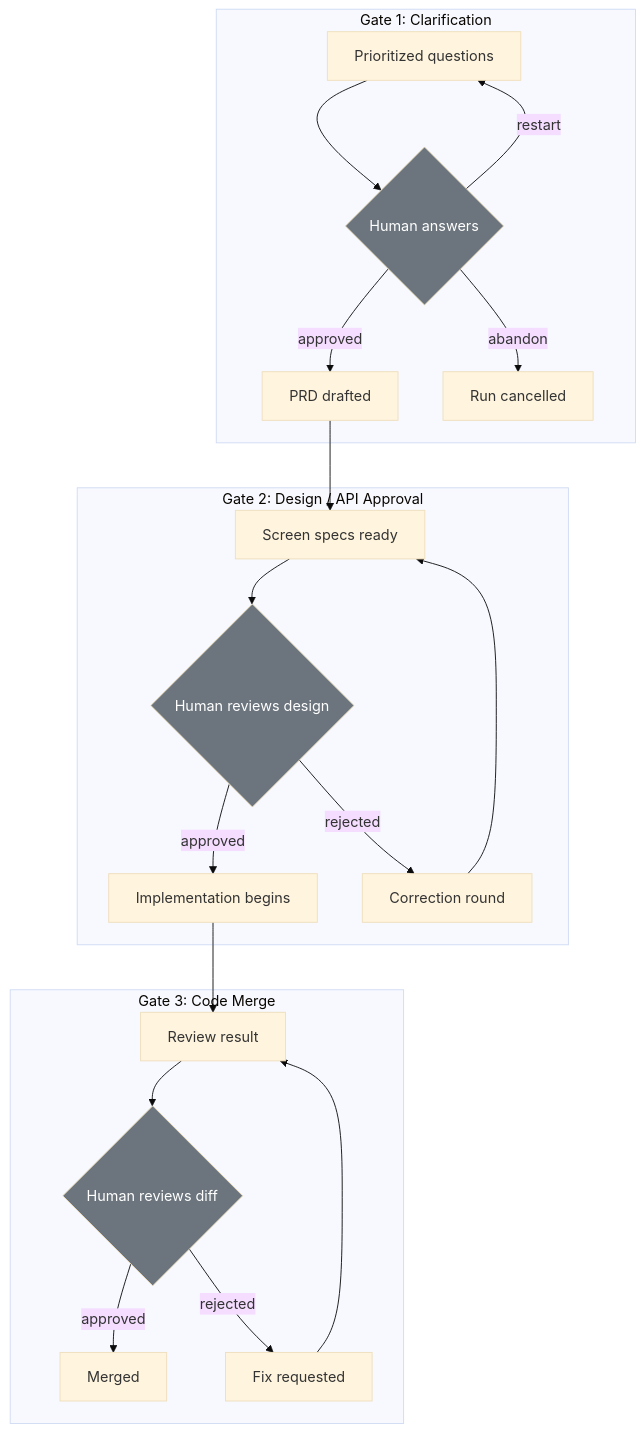
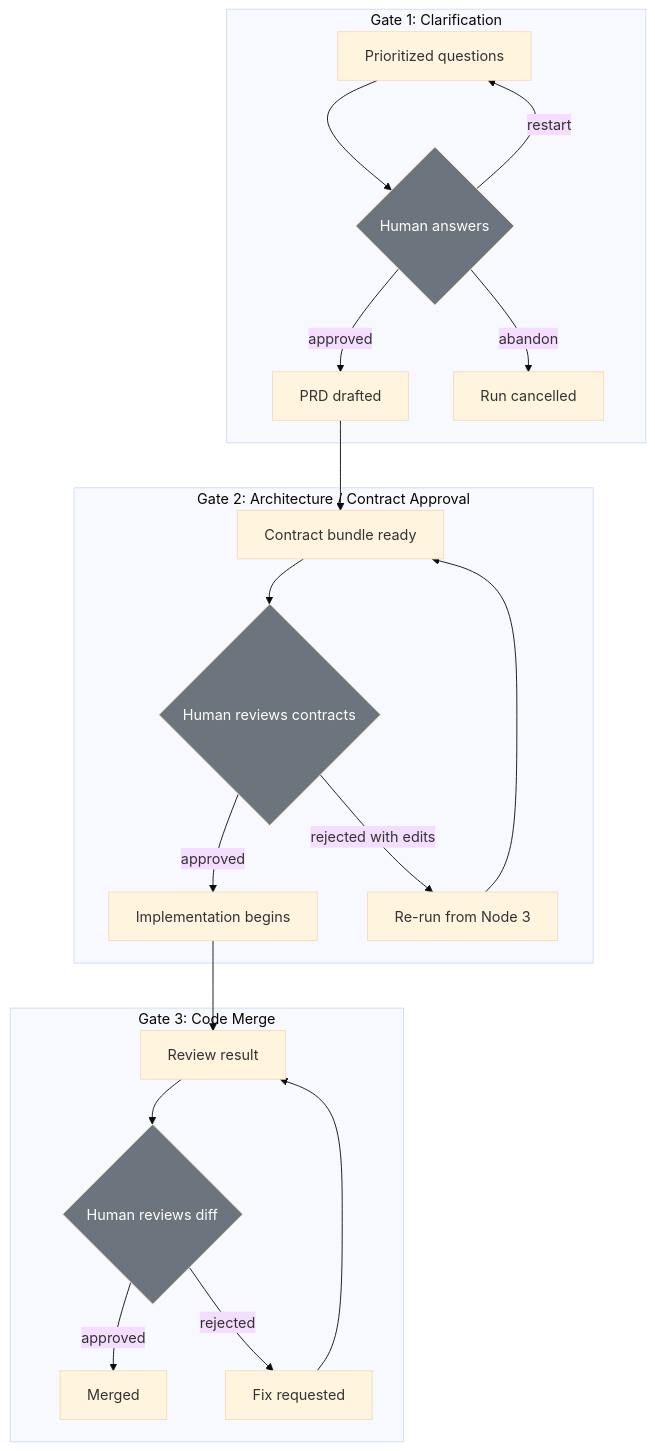
One commit to praveen-gottala/sdlc-agent-swarms changed the diagram in docs/concepts/hitl-governance.md. Above: the diagram before and after it, drawn with Mermaid (base theme). The commit also changed other lines of this file and 16 other files, not shown here.

````diff
--- a/docs/concepts/hitl-governance.md
+++ b/docs/concepts/hitl-governance.md
@@ -15,30 +15,30 @@
 ```mermaid
 graph TD
     subgraph "Gate 1: Clarification"
         Q[Prioritized questions] --> H1{Human answers}
         H1 -->|approved| P[PRD drafted]
         H1 -->|restart| Q
         H1 -->|abandon| X1[Run cancelled]
     end
 
-    subgraph "Gate 2: Design / API Approval"
-        D[Screen specs ready] --> H2{Human reviews design}
+    subgraph "Gate 2: Architecture / Contract Approval"
+        D[Contract bundle ready] --> H2{Human reviews contracts}
         H2 -->|approved| I[Implementation begins]
-        H2 -->|rejected| C[Correction round]
+        H2 -->|rejected with edits| C[Re-run from Node 3]
         C --> D
     end
 
     subgraph "Gate 3: Code Merge"
         R[Review result] --> H3{Human reviews diff}
         H3 -->|approved| M[Merged]
         H3 -->|rejected| F[Fix requested]
         F --> R
     end
 
     P --> D
     I --> R
 
     style H1 fill:#6C757D,color:#fff
     style H2 fill:#6C757D,color:#fff
     style H3 fill:#6C757D,color:#fff
 ```
````
